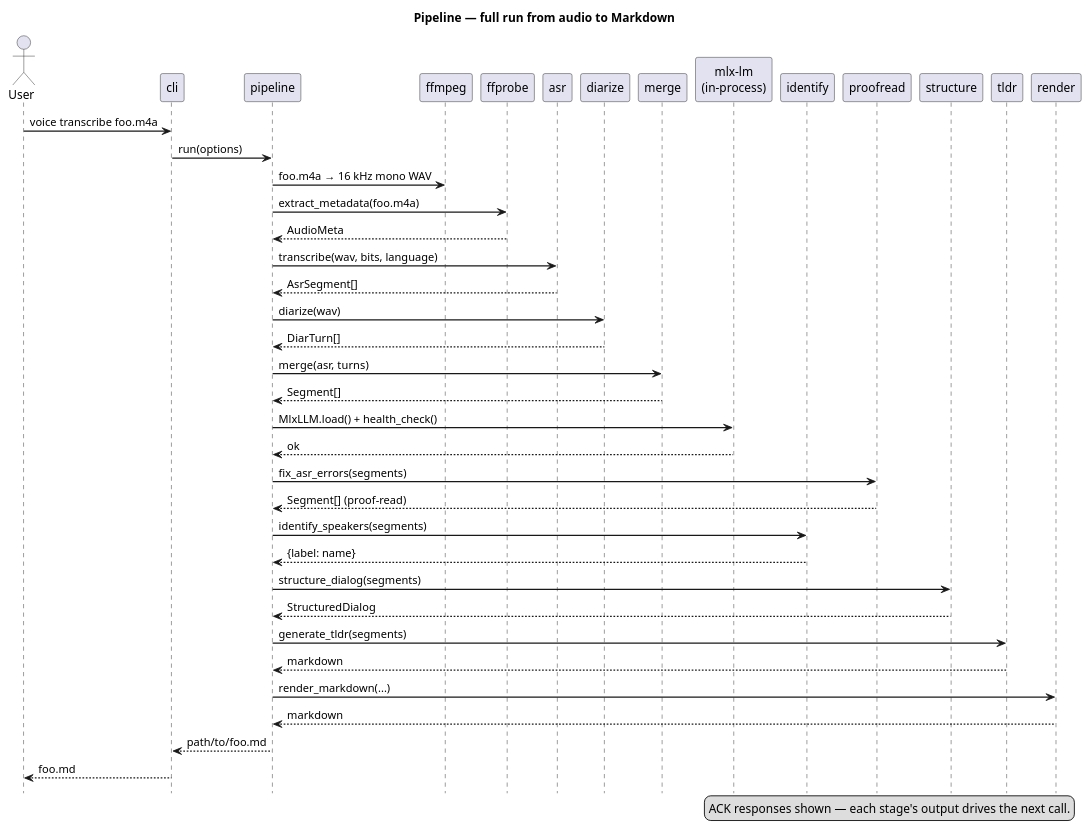
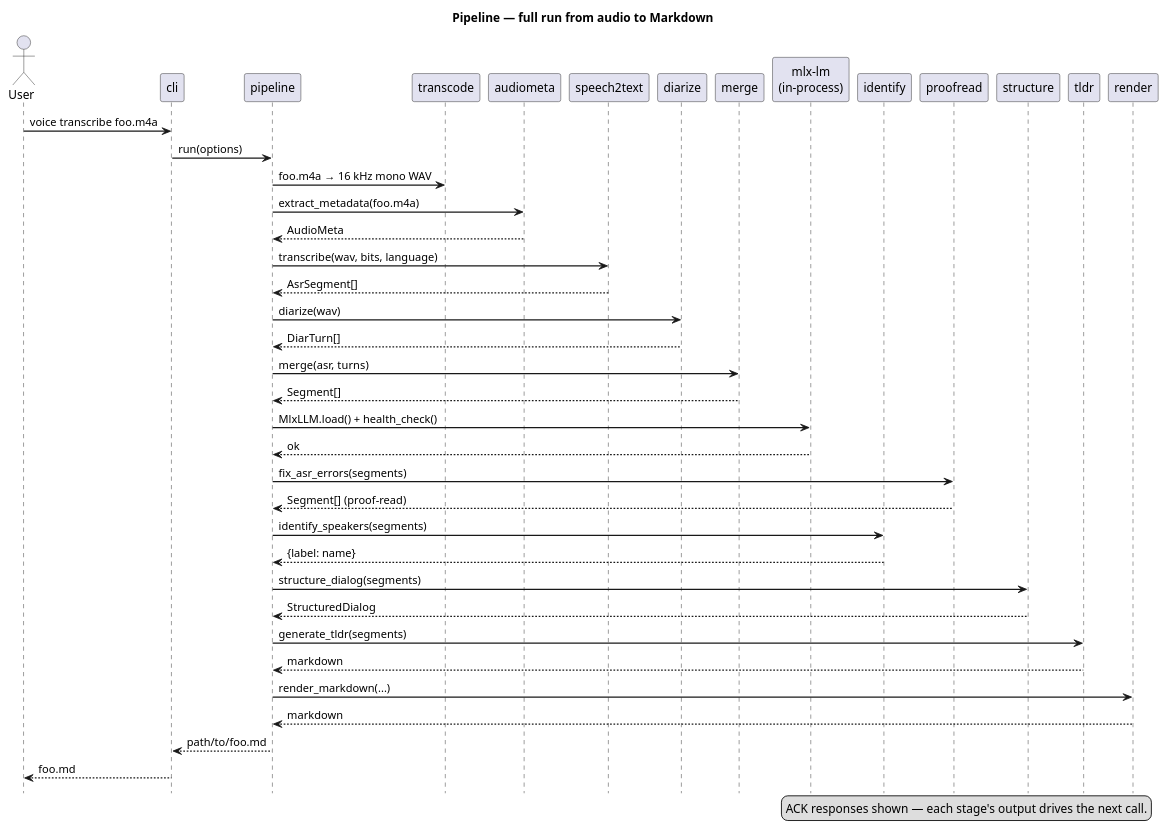
The diagram in docs/pipeline.md (artem-from-ua/voice-transcriber), drawn with PlantUML before and after one commit. The commit also changed other lines of this file and 12 other files, not shown here.

````diff
--- a/docs/pipeline.md
+++ b/docs/pipeline.md
@@ -7,53 +7,53 @@
 ```plantuml
 @startuml
 title Pipeline — full run from audio to Markdown
 hide footbox
 skinparam sequenceArrowThickness 1.5
 skinparam LifeLineBorderColor #C0C0C0
 
 actor User
 participant cli
 participant pipeline
-participant ffmpeg as "ffmpeg"
-participant ffprobe
-participant asr
+participant transcode
+participant audiometa
+participant speech2text
 participant diarize
 participant merge
 participant llm as "mlx-lm\n(in-process)"
 participant identify
 participant proofread
 participant structure
 participant tldr
 participant render
 
 User -> cli : voice transcribe foo.m4a
 cli -> pipeline : run(options)
-pipeline -> ffmpeg : foo.m4a → 16 kHz mono WAV
-pipeline -> ffprobe : extract_metadata(foo.m4a)
-ffprobe --> pipeline : AudioMeta
-pipeline -> asr : transcribe(wav, bits, language)
-asr --> pipeline : AsrSegment[]
+pipeline -> transcode : foo.m4a → 16 kHz mono WAV
+pipeline -> audiometa : extract_metadata(foo.m4a)
+audiometa --> pipeline : AudioMeta
+pipeline -> speech2text : transcribe(wav, bits, language)
+speech2text --> pipeline : AsrSegment[]
 pipeline -> diarize : diarize(wav)
 diarize --> pipeline : DiarTurn[]
 pipeline -> merge : merge(asr, turns)
 merge --> pipeline : Segment[]
 pipeline -> llm : MlxLLM.load() + health_check()
 llm --> pipeline : ok
 pipeline -> proofread : fix_asr_errors(segments)
 proofread --> pipeline : Segment[] (proof-read)
 pipeline -> identify : identify_speakers(segments)
 identify --> pipeline : {label: name}
 pipeline -> structure : structure_dialog(segments)
 structure --> pipeline : StructuredDialog
 pipeline -> tldr : generate_tldr(segments)
 tldr --> pipeline : markdown
 pipeline -> render : render_markdown(...)
 render --> pipeline : markdown
 pipeline --> cli : path/to/foo.md
 cli --> User : foo.md
 
 legend right
   ACK responses shown — each stage's output drives the next call.
 end legend
 @enduml
 ```
````
